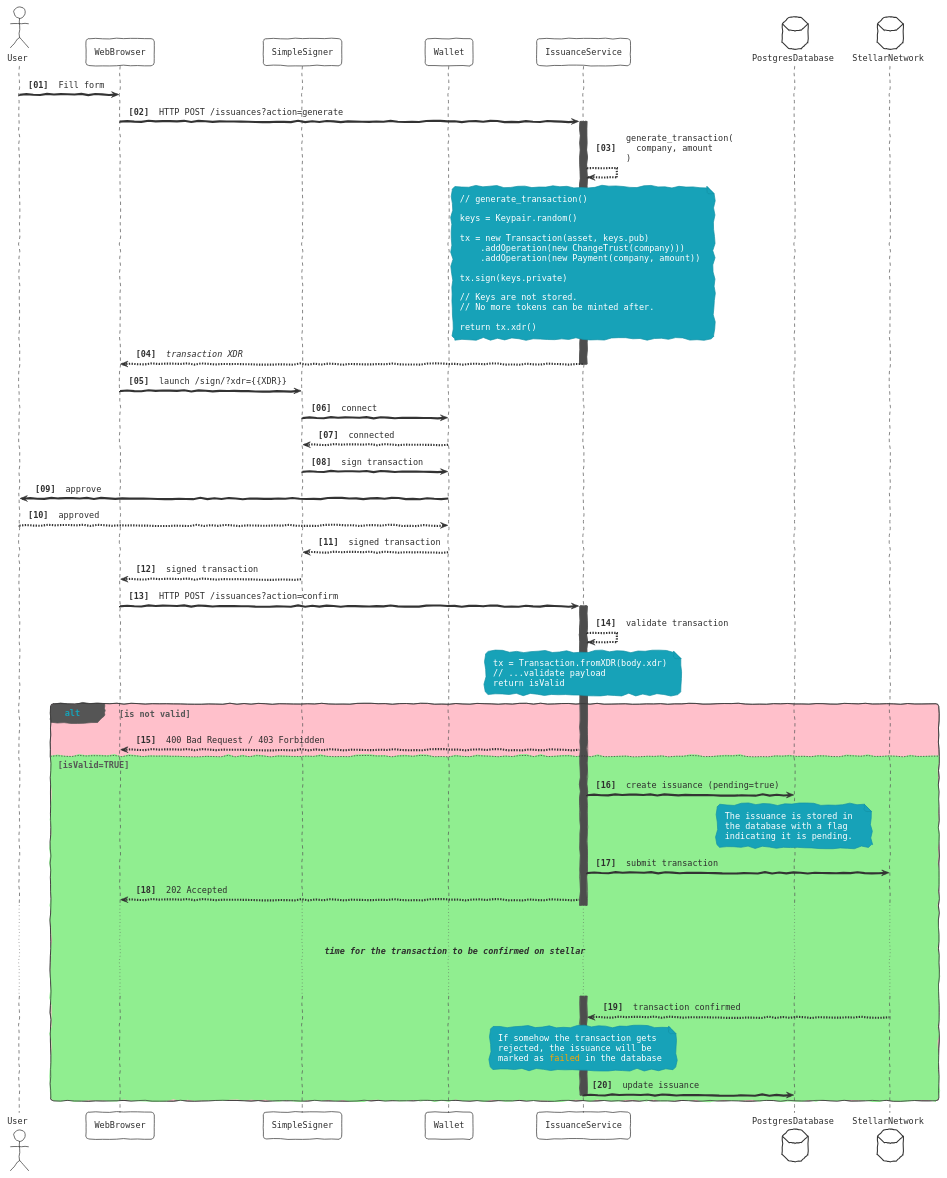
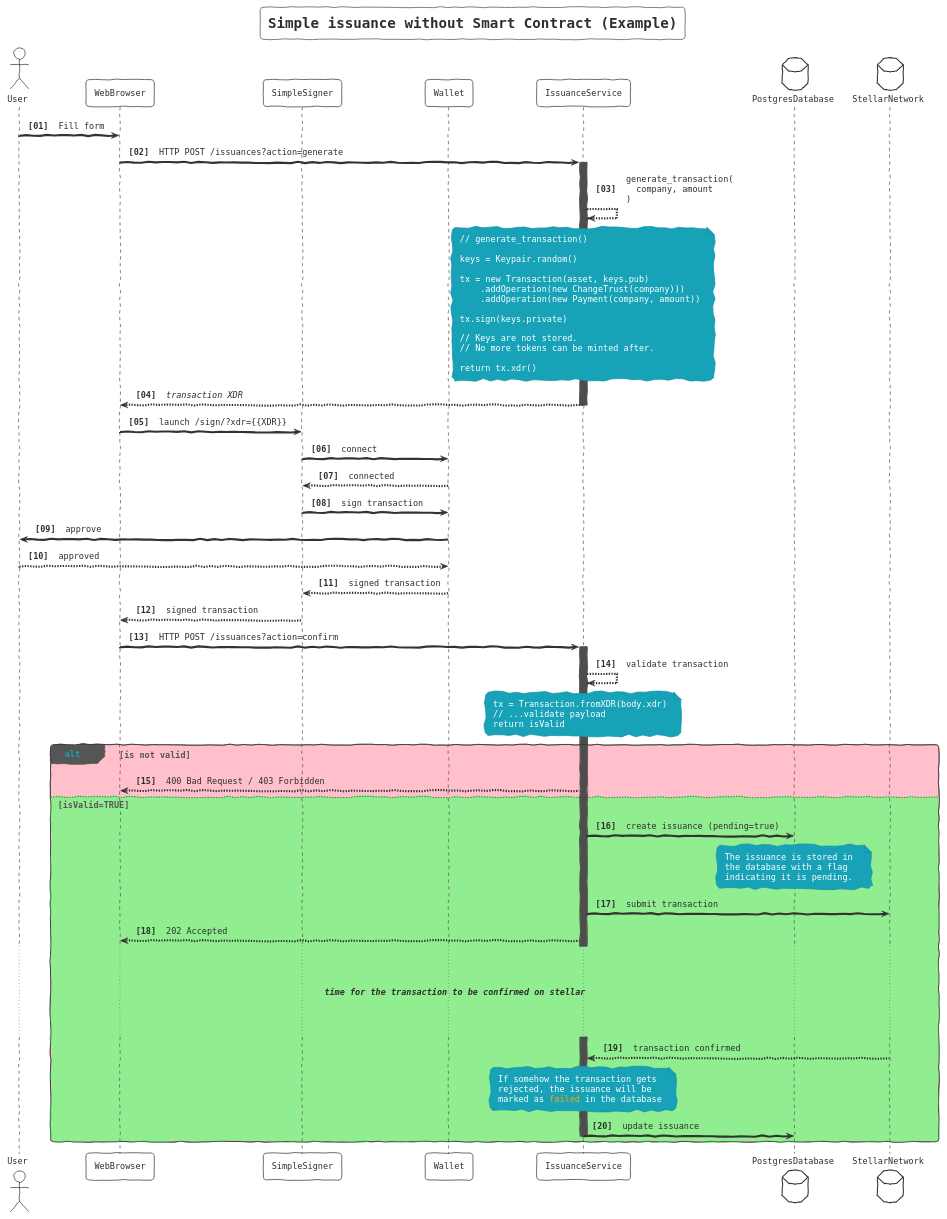
One commit to morpheus-finance/stellar-kickstarter changed the diagram in stellar-kickstarter/diagrams/seq-issuance.wsd. Above: the diagram before and after it, drawn with PlantUML.

Commit message:
Update diagrams

```diff
--- a/stellar-kickstarter/diagrams/seq-issuance.wsd
+++ b/stellar-kickstarter/diagrams/seq-issuance.wsd
@@ -1,76 +1,77 @@
 @startuml
+title Simple issuance without Smart Contract (Example)
 !theme sketchy-outline
 skinparam DefaultFontName monospaced
 autonumber 1 1 "<b>[00]"
 
 actor User as user
 participant WebBrowser as web
 participant SimpleSigner as sign
 participant Wallet as ext
 participant IssuanceService as api
 database PostgresDatabase as db
 database StellarNetwork as net
 
 user -> web: Fill form
 web -> api: HTTP POST /issuances?action=generate
 activate api
 api --> api: generate_transaction(\n  company, amount\n)
 note over api
 // generate_transaction()
 
 keys = Keypair.random()
 
 tx = new Transaction(asset, keys.pub)
     .addOperation(new ChangeTrust(company)))
     .addOperation(new Payment(company, amount))
 
 tx.sign(keys.private)
 
 // Keys are not stored.
 // No more tokens can be minted after.
 
 return tx.xdr()
 endnote
 return //transaction XDR//
 
 web -> sign: launch /sign/?xdr={{XDR}}
 sign -> ext: connect
 sign <-- ext: connected
 sign -> ext: sign transaction
 ext -> user: approve
 user --> ext: approved
 sign <-- ext: signed transaction
 web <-- sign: signed transaction
 web -> api: HTTP POST /issuances?action=confirm
 activate api
   api --> api: validate transaction
   note over api
   tx = Transaction.fromXDR(body.xdr)
   // ...validate payload
   return isValid
   endnote
 
   alt #Pink is not valid
     api --> web: 400 Bad Request / 403 Forbidden
   else #LightGreen isValid=TRUE
       api -> db: create issuance (pending=true)
       note over db
       The issuance is stored in
       the database with a flag
       indicating it is pending. 
       endnote
       api -> net: submit transaction
       api --> web: 202 Accepted
       ...
       ... //**time for the transaction to be confirmed on stellar**// ...
       ...
       net --> api: transaction confirmed
       note over api
       If somehow the transaction gets
       rejected, the issuance will be
       marked as <font color=orange>failed</font> in the database
       endnote
       api -> db: update issuance
       deactivate api
   end
 @enduml
```
